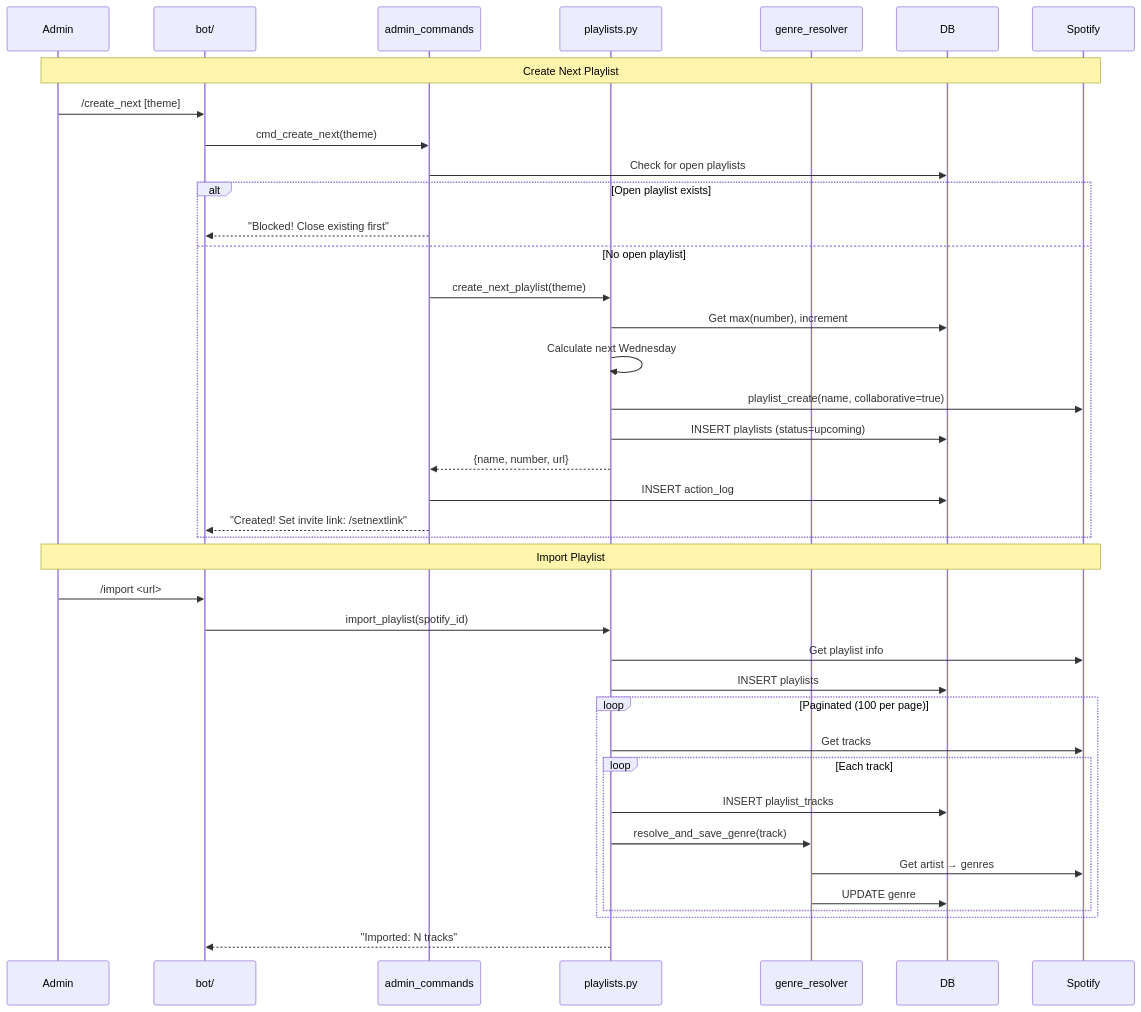
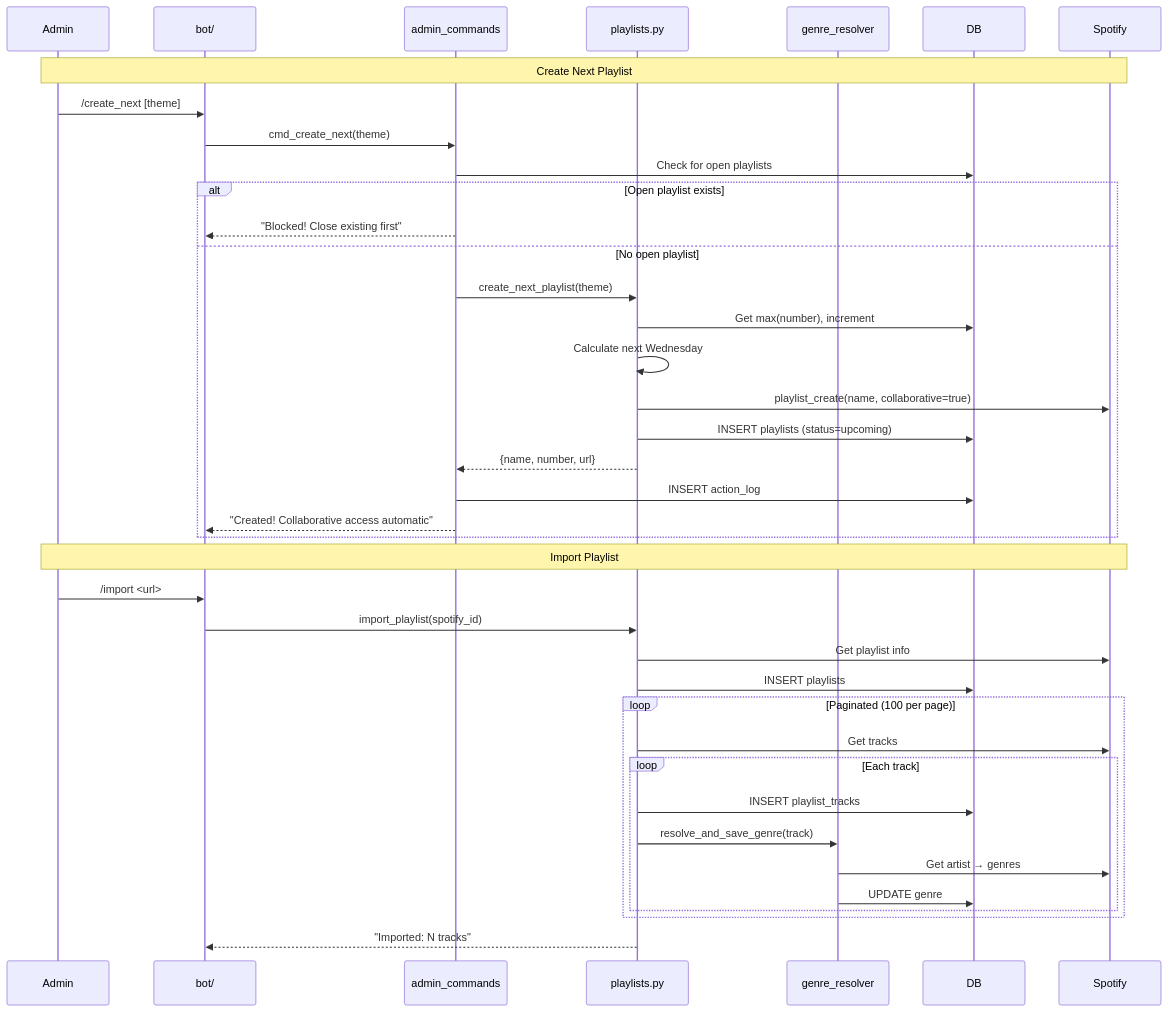
The fifth of 8 diagrams in docs/architecture/03-flows.md (ndomanovskiy/maspotifybot), drawn with Mermaid before and after one commit. The commit also changed 7 other files, not shown here.

````diff
--- a/docs/architecture/03-flows.md
+++ b/docs/architecture/03-flows.md
@@ -218,44 +218,44 @@
 ```mermaid
 sequenceDiagram
     participant Admin
     participant Bot as bot/
     participant AC as admin_commands
     participant PL as playlists.py
     participant GR as genre_resolver
     participant DB
     participant Spotify
 
     Note over Admin,Spotify: Create Next Playlist
     Admin->>Bot: /create_next [theme]
     Bot->>AC: cmd_create_next(theme)
     AC->>DB: Check for open playlists
     alt Open playlist exists
         AC-->>Bot: "Blocked! Close existing first"
     else No open playlist
         AC->>PL: create_next_playlist(theme)
         PL->>DB: Get max(number), increment
         PL->>PL: Calculate next Wednesday
         PL->>Spotify: playlist_create(name, collaborative=true)
         PL->>DB: INSERT playlists (status=upcoming)
         PL-->>AC: {name, number, url}
         AC->>DB: INSERT action_log
-        AC-->>Bot: "Created! Set invite link: /setnextlink"
+        AC-->>Bot: "Created! Collaborative access automatic"
     end
 
     Note over Admin,Spotify: Import Playlist
     Admin->>Bot: /import <url>
     Bot->>PL: import_playlist(spotify_id)
     PL->>Spotify: Get playlist info
     PL->>DB: INSERT playlists
 
     loop Paginated (100 per page)
         PL->>Spotify: Get tracks
         loop Each track
             PL->>DB: INSERT playlist_tracks
             PL->>GR: resolve_and_save_genre(track)
             GR->>Spotify: Get artist → genres
             GR->>DB: UPDATE genre
         end
     end
     PL-->>Bot: "Imported: N tracks"
 ```
````
